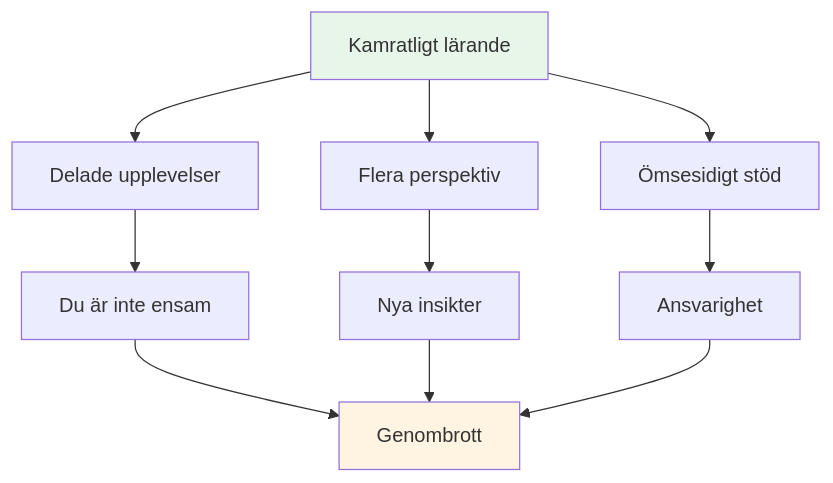
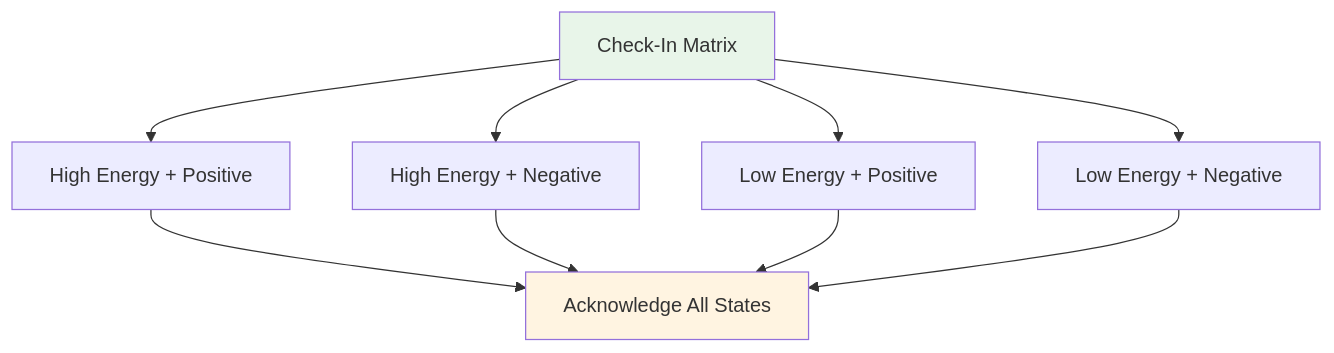
The third of 4 diagrams in docs/sv/workshop.md (patwii/petanque-academy), drawn with Mermaid before and after one commit. The commit also changed other lines of this file and 259 other files, not shown here.

````diff
--- a/docs/sv/workshop.md
+++ b/docs/sv/workshop.md
@@ -129,17 +132,15 @@
 ```mermaid
 graph TD
-    A[Kamratligt lärande] --> B[Delade upplevelser]
-    A --> C[Flera perspektiv]
-    A --> D[Ömsesidigt stöd]
+    A[Check-In Matrix] --> B[High Energy + Positive]
+    A --> C[High Energy + Negative]
+    A --> D[Low Energy + Positive]
+    A --> E[Low Energy + Negative]
 
-    B --> E[Du är inte ensam]
-    C --> F[Nya insikter]
-    D --> G[Ansvarighet]
-
-    E --> H[Genombrott]
-    F --> H
-    G --> H
+    B --> F[Acknowledge All States]
+    C --> F
+    D --> F
+    E --> F
 
     style A fill:#e8f5e9
-    style H fill:#fff4e1
+    style F fill:#fff4e1
 ```
````
